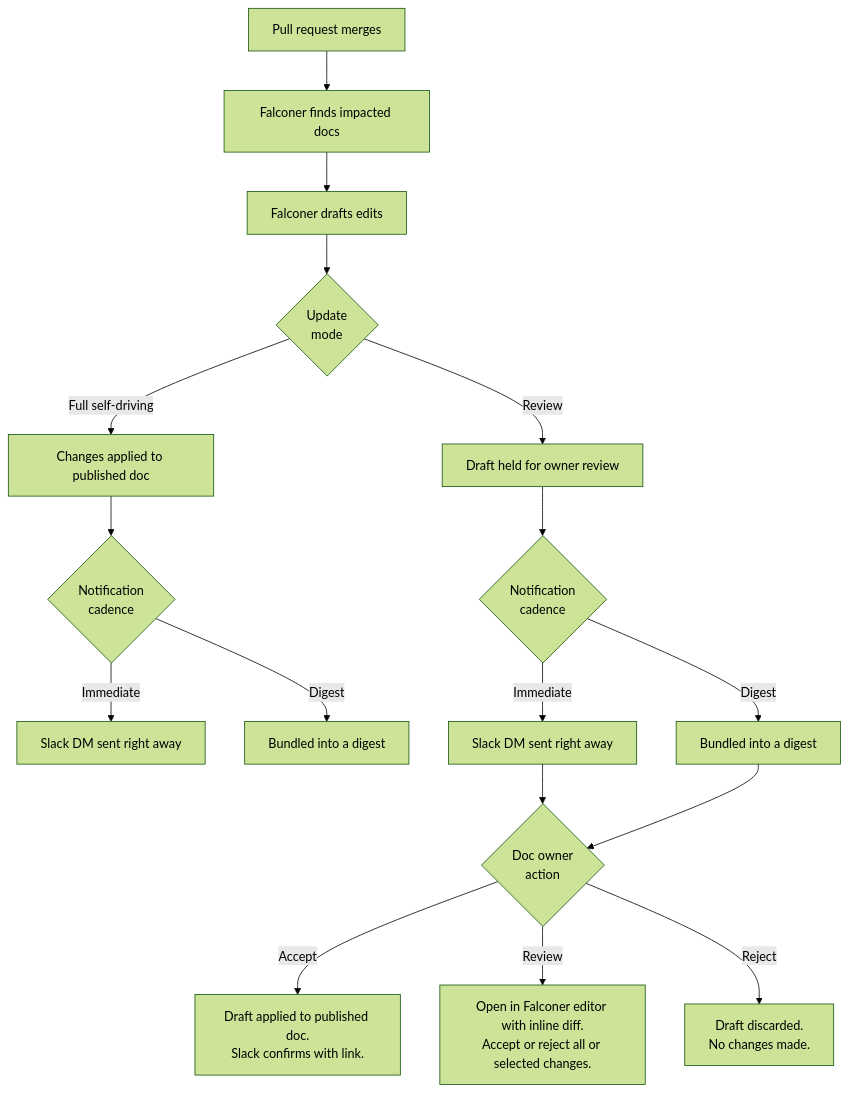
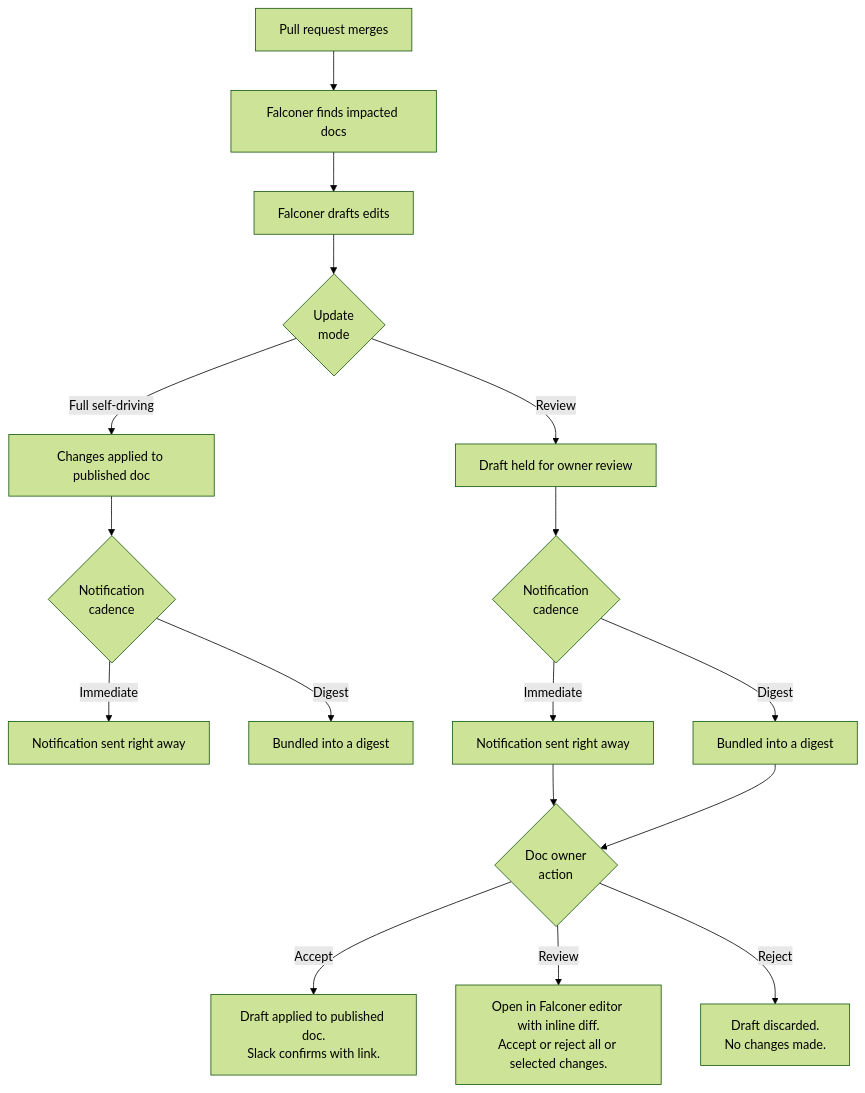
The diagram in update/auto-update-docs.mdx (FalconerAI/docs), drawn with Mermaid (forest theme) before and after one commit. The commit also changed other lines of this file and 14 other files, not shown here.

````diff
--- a/update/auto-update-docs.mdx
+++ b/update/auto-update-docs.mdx
@@ -44,19 +46,19 @@
 ```mermaid
 flowchart TD
 A[Pull request merges] --> B[Falconer finds impacted docs]
 B --> C[Falconer drafts edits]
 C --> D{"Update<br/>mode"}
 D -->|Full self-driving| E[Changes applied to published doc]
 D -->|Review| F[Draft held for owner review]
 E --> G{"Notification<br/>cadence"}
 F --> H{"Notification<br/>cadence"}
-G -->|Immediate| G1[Slack DM sent right away]
+G -->|Immediate| G1[Notification sent right away]
 G -->|Digest| G2[Bundled into a digest]
-H -->|Immediate| H1[Slack DM sent right away]
+H -->|Immediate| H1[Notification sent right away]
 H -->|Digest| H2[Bundled into a digest]
 H1 --> J{"Doc owner<br/>action"}
 H2 --> J
 J -->|Accept| K[Draft applied to published doc.<br/>Slack confirms with link.]
 J -->|Review| L[Open in Falconer editor with inline diff.<br/>Accept or reject all or selected changes.]
 J -->|Reject| M[Draft discarded.<br/>No changes made.]
 ```
````
